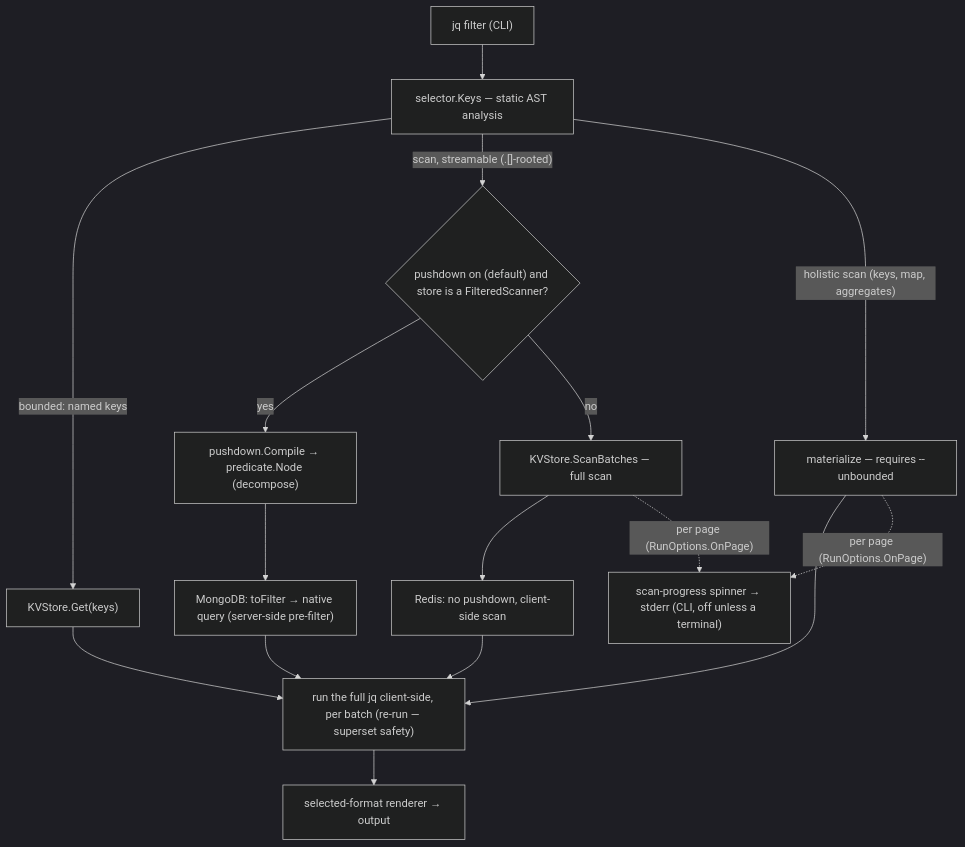
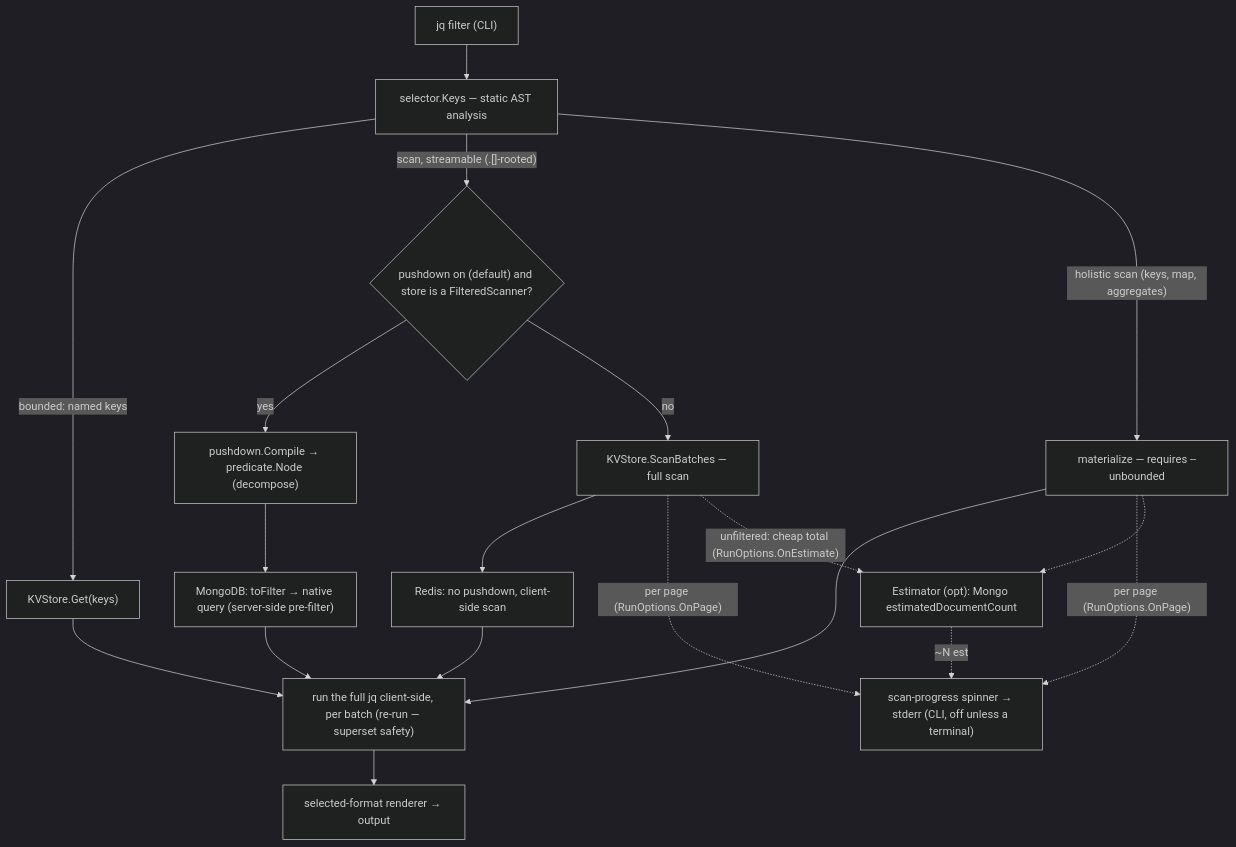
Before and after one commit to zsltg/iq: the diagram in README.md, drawn with Mermaid (dark theme). The commit also changed other lines of this file and 7 other files, not shown here.

First line of the commit message:
feat(progress): show a cheap backend estimate beside the scanned count

````diff
--- a/README.md
+++ b/README.md
@@ -547,22 +553,25 @@
 ```mermaid
 graph TD
   F["jq filter (CLI)"] --> SEL["selector.Keys — static AST analysis"]
   SEL -->|"bounded: named keys"| GET["KVStore.Get(keys)"]
   SEL -->|"scan, streamable (.[]-rooted)"| CMP{"pushdown on (default) and store is a FilteredScanner?"}
   SEL -->|"holistic scan (keys, map, aggregates)"| MAT["materialize — requires --unbounded"]
 
   CMP -->|yes| PD["pushdown.Compile → predicate.Node (decompose)"]
   CMP -->|no| RS["KVStore.ScanBatches — full scan"]
 
   PD --> MG["MongoDB: toFilter → native query (server-side pre-filter)"]
   RS --> RD["Redis: no pushdown, client-side scan"]
 
   GET --> JQ["run the full jq client-side, per batch (re-run — superset safety)"]
   MAT --> JQ
   MG --> JQ
   RD --> JQ
   JQ --> OUT["selected-format renderer → output"]
 
   RS -.->|"per page (RunOptions.OnPage)"| PROG["scan-progress spinner → stderr (CLI, off unless a terminal)"]
   MAT -.->|"per page (RunOptions.OnPage)"| PROG
+  RS -.->|"unfiltered: cheap total (RunOptions.OnEstimate)"| EST["Estimator (opt): Mongo estimatedDocumentCount"]
+  MAT -.-> EST
+  EST -.->|"~N est"| PROG
 ```
````
